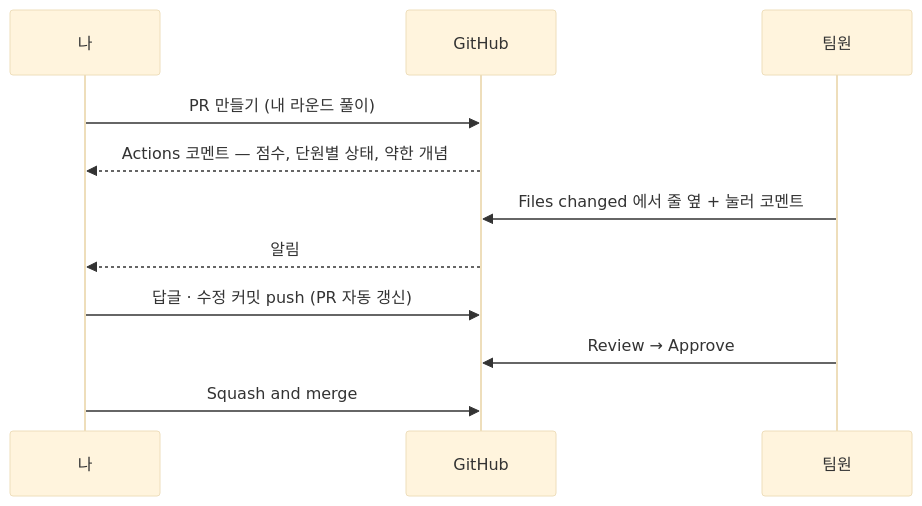
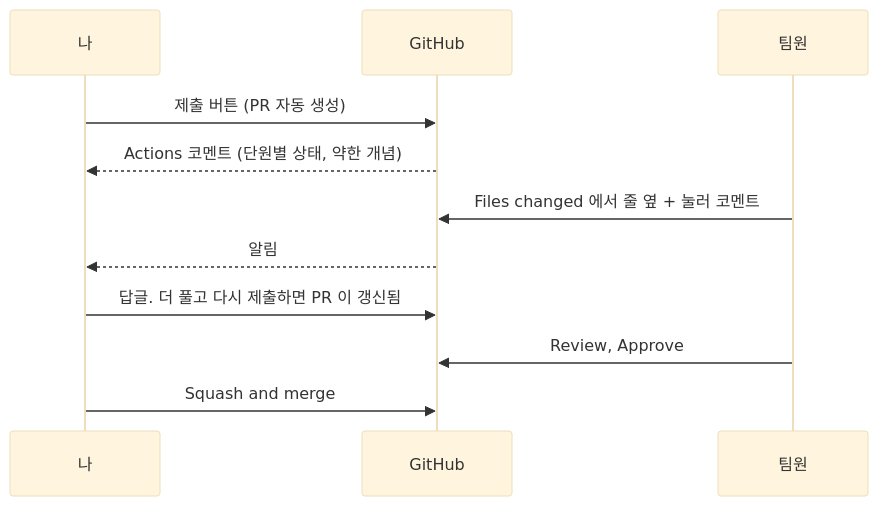
The second of 2 diagrams in docs/GIT_GUIDE.md (WaterMinCho/rokey-python-study), drawn with Mermaid (base theme) before and after one commit. The commit also changed other lines of this file and 238 other files, not shown here.

````diff
--- a/docs/GIT_GUIDE.md
+++ b/docs/GIT_GUIDE.md
@@ -141,13 +62,13 @@
 ```mermaid
 sequenceDiagram
     participant 나
     participant GitHub
     participant 팀원
-    나->>GitHub: PR 만들기 (내 라운드 풀이)
-    GitHub-->>나: Actions 코멘트 — 점수, 단원별 상태, 약한 개념
+    나->>GitHub: 제출 버튼 (PR 자동 생성)
+    GitHub-->>나: Actions 코멘트 (단원별 상태, 약한 개념)
     팀원->>GitHub: Files changed 에서 줄 옆 + 눌러 코멘트
     GitHub-->>나: 알림
-    나->>GitHub: 답글 · 수정 커밋 push (PR 자동 갱신)
-    팀원->>GitHub: Review → Approve
+    나->>GitHub: 답글. 더 풀고 다시 제출하면 PR 이 갱신됨
+    팀원->>GitHub: Review, Approve
     나->>GitHub: Squash and merge
 ```
````
